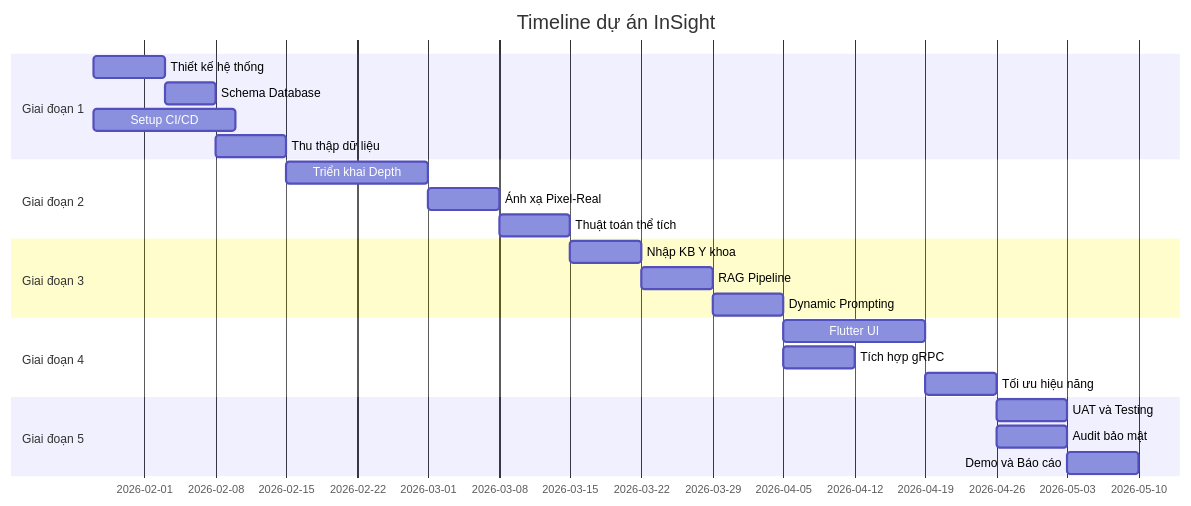
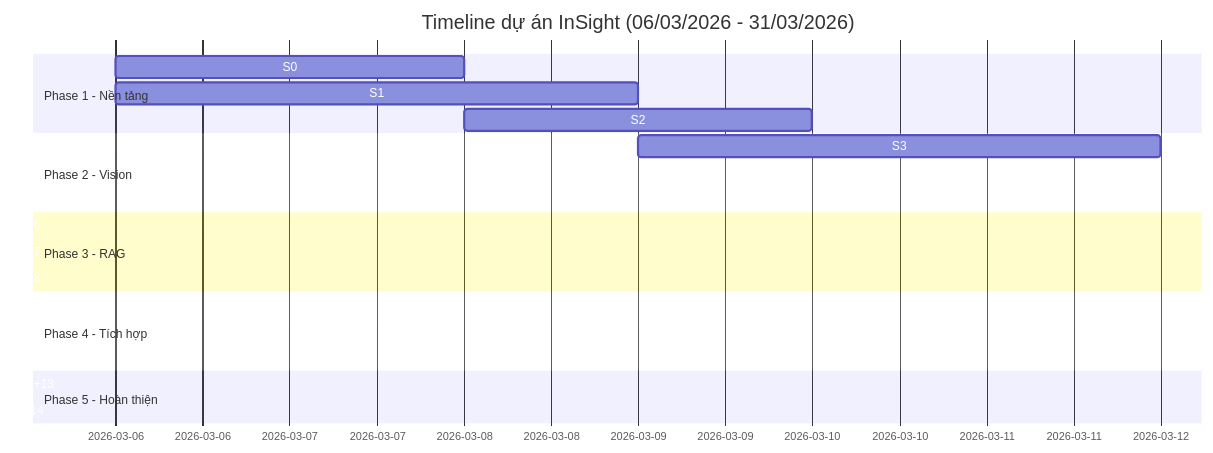
Before and after one commit to EurusDevSec/InSight: the second of 4 diagrams in docs/plan.md, drawn with Mermaid. The commit also changed other lines of this file and 30 other files, not shown here.

````diff
--- a/docs/plan.md
+++ b/docs/plan.md
@@ -253,26 +273,24 @@
 ```mermaid
 gantt
-    title Timeline dự án InSight
+    title Timeline dự án InSight (06/03/2026 - 31/03/2026)
     dateFormat  YYYY-MM-DD
-    section Giai đoạn 1
-    Thiết kế hệ thống      :a1, 2026-01-27, 7d
-    Schema Database        :a2, after a1, 5d
-    Setup CI/CD            :a3, 2026-01-27, 14d
-    Thu thập dữ liệu       :a4, after a2, 7d
-    section Giai đoạn 2
-    Triển khai Depth       :b1, after a4, 14d
-    Ánh xạ Pixel-Real      :b2, after b1, 7d
-    Thuật toán thể tích    :b3, after b2, 7d
-    section Giai đoạn 3
-    Nhập KB Y khoa         :c1, after b3, 7d
-    RAG Pipeline           :c2, after c1, 7d
-    Dynamic Prompting      :c3, after c2, 7d
-    section Giai đoạn 4
-    Flutter UI             :d1, after c3, 14d
-    Tích hợp gRPC          :d2, after c3, 7d
-    Tối ưu hiệu năng       :d3, after d1, 7d
-    section Giai đoạn 5
-    UAT và Testing         :e1, after d3, 7d
-    Audit bảo mật          :e2, after d3, 7d
-    Demo và Báo cáo        :e3, after e1, 7d
+    section Phase 1 - Nền tảng
+    S0: Khởi động             :a0, 2026-03-06, 2d
+    S1: Hạ tầng               :a1, after a0, 3d
+    S2: Thu thập dữ liệu      :a2, after a1, 2d
+    section Phase 2 - Vision
+    S3: Model Depth            :b1, after a2, 3d
+    S4: Hiệu chuẩn            :b2, after b1, 3d
+    S5: Tính thể tích          :b3, after b2, 2d
+    section Phase 3 - RAG
+    S6: Kiến thức Y khoa       :c1, after b3, 2d
+    S7: RAG Pipeline           :c2, after c1, 2d
+    S8: Cá nhân hóa            :c3, after c2, 1d
+    section Phase 4 - Tích hợp
+    S9: Mobile UI              :d1, after b3, 3d
+    S10: Tích hợp E2E          :d2, after d1, 2d
+    S11: Hiệu năng             :d3, after d2, 1d
+    section Phase 5 - Hoàn thiện
+    S12+13: Test & Fix         :e1, after d3, 2d
+    S14: Chuẩn bị bảo vệ      :e2, after e1, 1d
 ```
````
